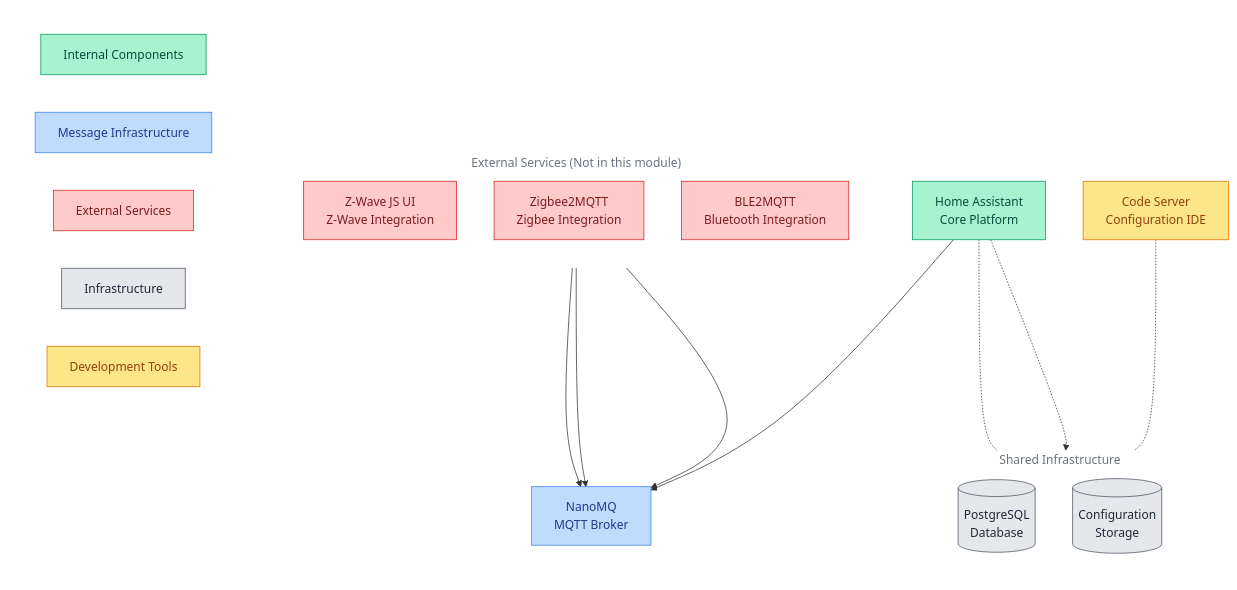
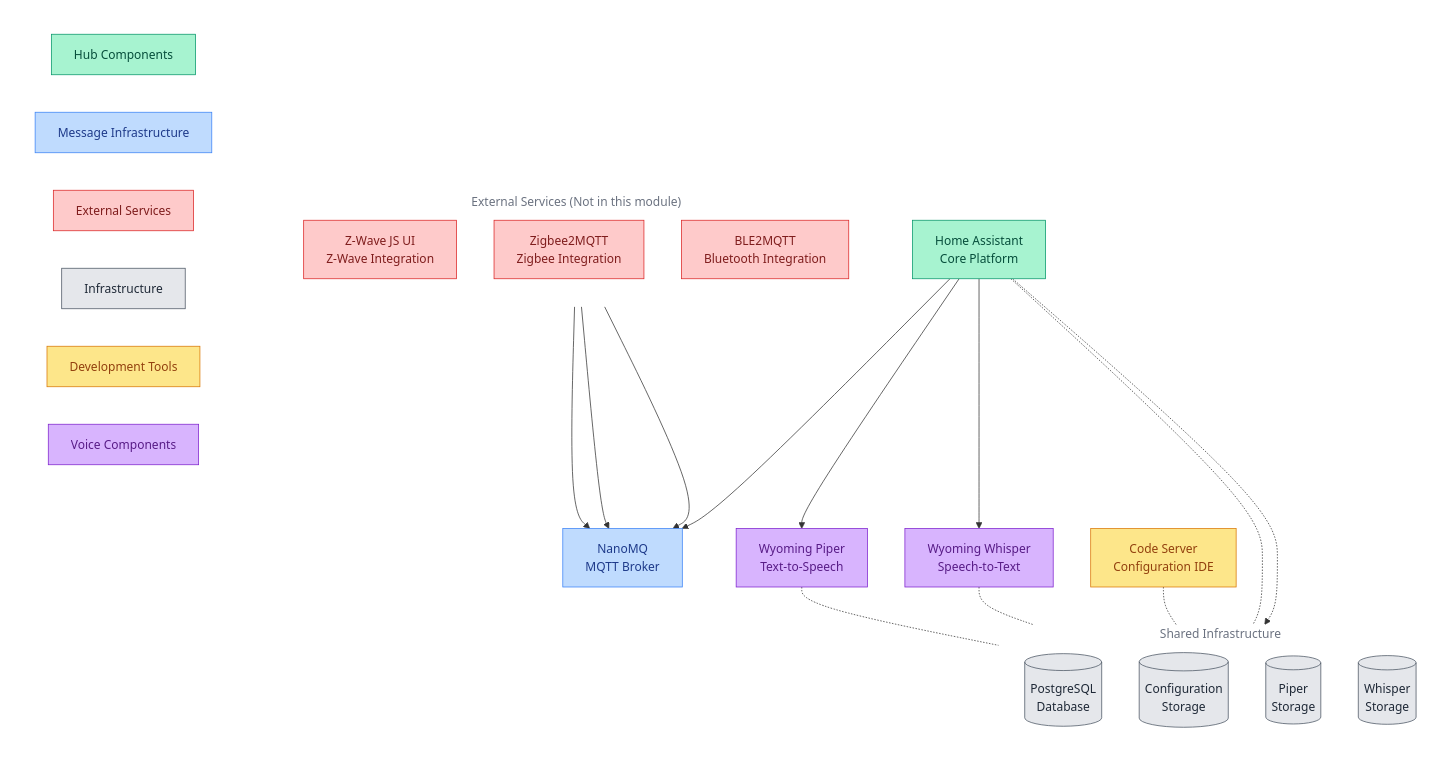
The diagram in apps/subsystems/home-automation/README.md (ppat/homelab-ops-kubernetes-apps), drawn with Mermaid before and after one commit. The commit also changed other lines of this file and 3 other files, not shown here.

````diff
--- a/apps/subsystems/home-automation/README.md
+++ b/apps/subsystems/home-automation/README.md
@@ -31,58 +39,72 @@
 ```mermaid
 flowchart TB
     %% Color scheme with good contrast for light/dark themes
-    classDef internal fill:#a7f3d0,stroke:#059669,color:#064e3b
+    classDef hub fill:#a7f3d0,stroke:#059669,color:#064e3b
     classDef messaging fill:#bfdbfe,stroke:#3b82f6,color:#1e3a8a
     classDef external fill:#fecaca,stroke:#dc2626,color:#7f1d1d
     classDef infra fill:#e5e7eb,stroke:#4b5563,color:#1f2937
     classDef dev fill:#fde68a,stroke:#d97706,color:#92400e
+    classDef voice fill:#d8b4fe,stroke:#7e22ce,color:#581c87
     classDef legend fill:none,stroke:none,color:#6b7280
-
-    %% Internal Components
-    homeassistant[Home Assistant<br/>Core Platform]:::internal
-    code[Code Server<br/>Configuration IDE]:::dev
 
     %% Message Broker
     nanomq[NanoMQ<br/>MQTT Broker]:::messaging
+
+    %% Voice Components
+    piper[Wyoming Piper<br/>Text-to-Speech]:::voice
+    whisper[Wyoming Whisper<br/>Speech-to-Text]:::voice
+
+    %% Hub Components
+    homeassistant[Home Assistant<br/>Core Platform]:::hub
+    code[Code Server<br/>Configuration IDE]:::dev
 
     %% External Services
     subgraph external["External Services (Not in this module)"]
         direction TB
         zwave[Z-Wave JS UI<br/>Z-Wave Integration]:::external
         zigbee[Zigbee2MQTT<br/>Zigbee Integration]:::external
         ble[BLE2MQTT<br/>Bluetooth Integration]:::external
     end
 
     %% Shared Infrastructure
     subgraph infrastructure[Shared Infrastructure]
         direction TB
         postgres[(PostgreSQL<br/>Database)]:::infra
-        storage[(Configuration<br/>Storage)]:::infra
+        ha_storage[(Configuration<br/>Storage)]:::infra
+        piper_storage[(Piper<br/>Storage)]:::infra
+        whisper_storage[(Whisper<br/>Storage)]:::infra
     end
 
     %% MQTT Communication
     homeassistant --> nanomq
     zwave --> nanomq
     zigbee --> nanomq
     ble --> nanomq
 
+    %% Voice Component Communication
+    homeassistant --> piper
+    homeassistant --> whisper
+
     %% Infrastructure Access
-    homeassistant -.- storage
+    code -.- ha_storage
+    homeassistant -.- ha_storage
     homeassistant -.-> postgres
-    code -.- storage
+    piper -.- piper_storage
+    whisper -.- whisper_storage
 
     %% Simple legend at bottom
     subgraph Legend[" "]
         direction LR
-        int[Internal Components]:::internal
+        hub[Hub Components]:::hub
         msg[Message Infrastructure]:::messaging
         ext[External Services]:::external
         inf[Infrastructure]:::infra
         dev[Development Tools]:::dev
+        voi[Voice Components]:::voice
     end
 
     %% Styling
     class Legend legend
     class infrastructure legend
     class external legend
 ```
````
